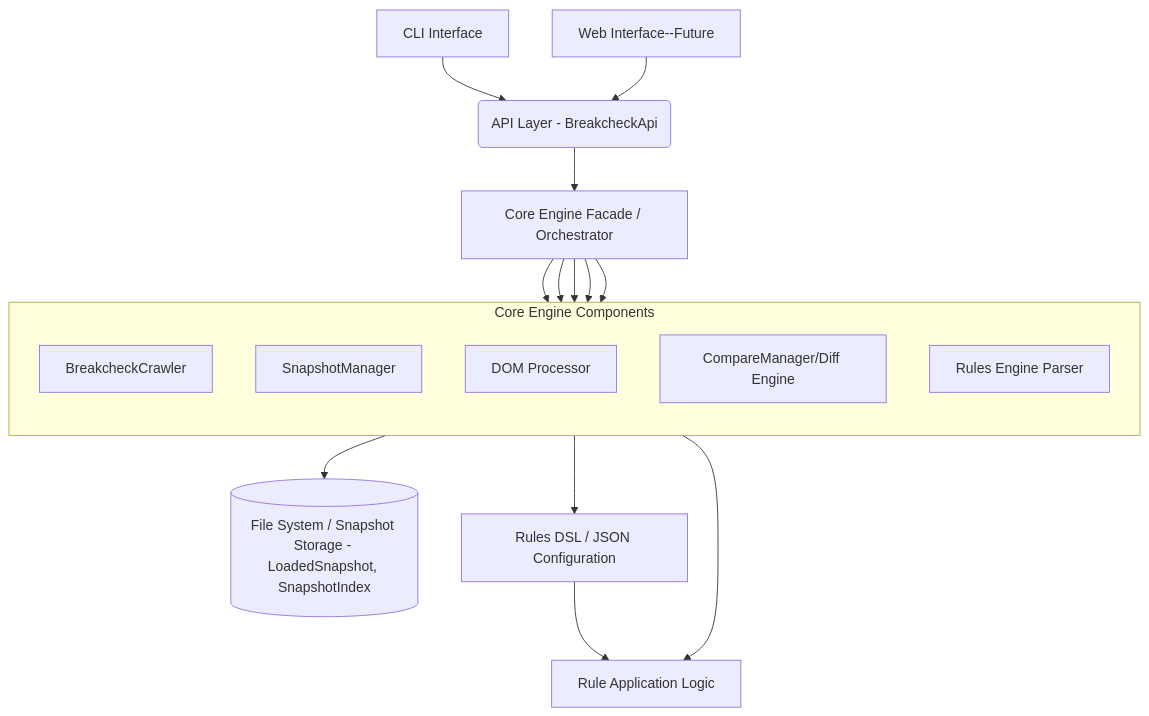
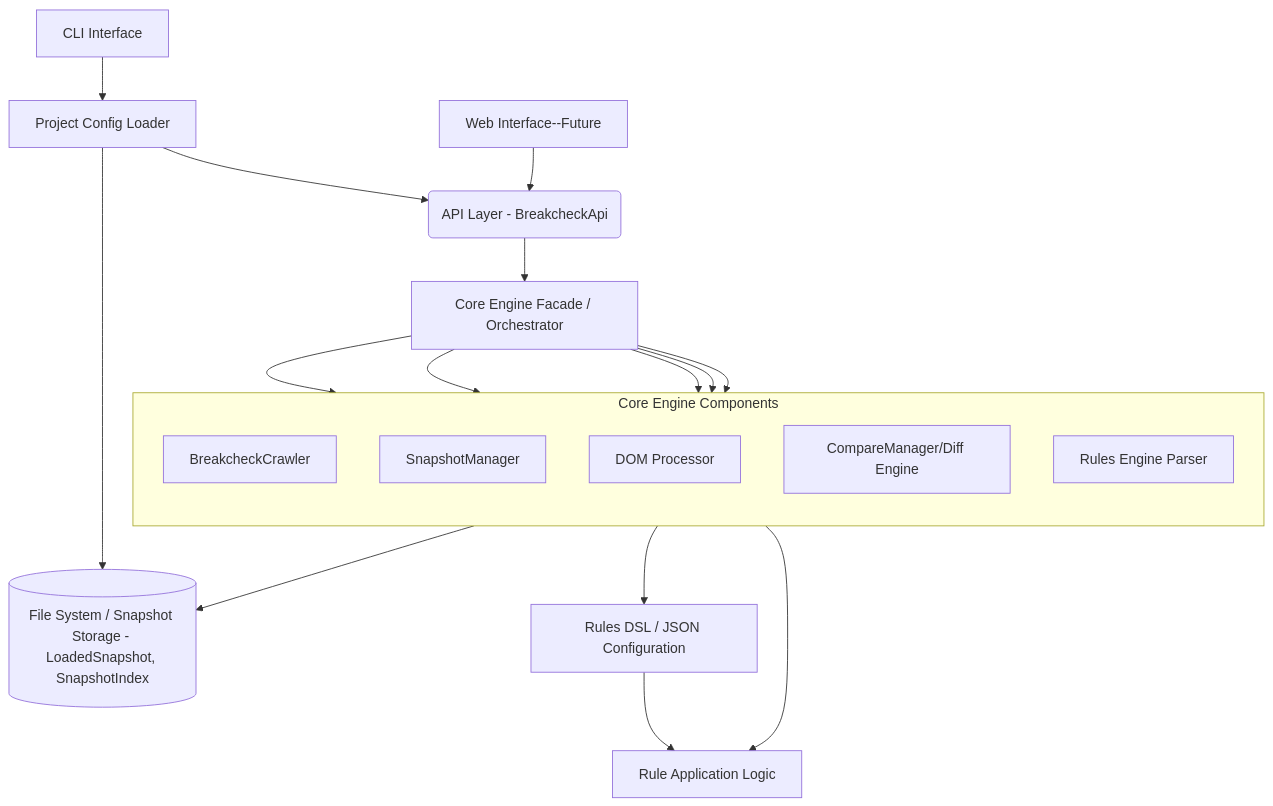
The diagram in system-docs/system-architecture.md (cleaver/breakcheck), drawn with Mermaid before and after one commit. The commit also changed other lines of this file and 34 other files, not shown here.

````diff
--- a/system-docs/system-architecture.md
+++ b/system-docs/system-architecture.md
@@ -23,26 +23,28 @@
 ```mermaid
 graph TD
- A[CLI Interface] --> B(API Layer - BreakcheckApi)
- C[Web Interface--Future] --> B
+ A[CLI Interface] --> C[Project Config Loader]
+ C --> B(API Layer - BreakcheckApi)
+ W[Web Interface--Future] --> B
  B --> D[Core Engine Facade / Orchestrator]
 
 subgraph Core Engine Components
  direction TB
  E[BreakcheckCrawler]
  F[SnapshotManager]
  G[DOM Processor]
  H[CompareManager/Diff Engine]
  I[Rules Engine Parser]
  end
 
 D --> E
  D --> F
  D --> G
  D --> H
  D --> I
 
 F --> J[(File System / Snapshot Storage - LoadedSnapshot, SnapshotIndex)]
+ C --> J
  I --> K[Rules DSL / JSON Configuration]
  G --> L[Rule Application Logic]
  K --> L
 ```
````
